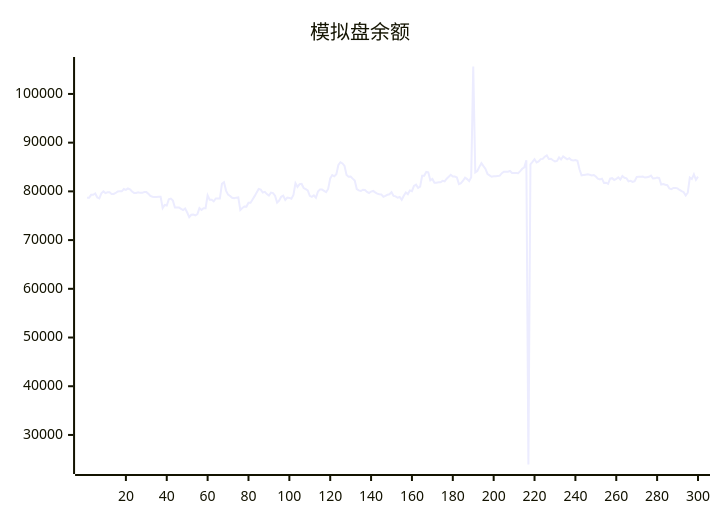
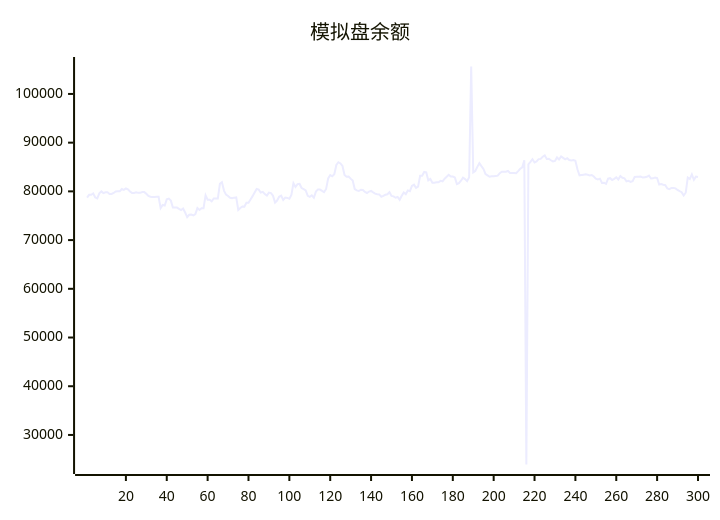
Before and after one commit to aahl/ai-trading: the diagram in README.md, drawn with Mermaid. The commit also changed other lines of this file and 1 other file, not shown here.

````diff
--- a/README.md
+++ b/README.md
@@ -5,5 +5,5 @@
 ```mermaid
 xychart
     title "模拟盘余额"
-    line [78714,78714,79290,79308,79567,78763,78563,79603,79988,79652,79813,79813,79476,79469,79673,79995,80015,80015,80486,80314,80600,80436,79966,79689,79689,79819,79692,79692,79850,79850,79518,79071,78889,78850,78850,78878,78878,76554,77202,77103,78357,78510,78106,76678,76677,76672,76411,76159,76485,75656,74695,75197,75246,75052,75334,76564,76179,76553,76551,79196,78300,78300,77944,78531,78531,78521,81564,81884,80160,79335,79055,78675,78580,78708,78764,76179,76586,76902,76876,77658,77669,78346,79023,79769,80497,80366,79761,79896,79448,79126,79749,79658,79097,77695,78114,78888,79126,78249,78738,78653,78478,79271,81680,80923,81488,81527,80681,80455,80190,79084,78879,79193,78686,79954,80403,80374,80118,79848,80491,82665,83351,83098,83525,85430,85983,85737,85221,83378,83014,83043,82613,82216,80477,80208,80081,80348,80277,79894,79670,79965,80093,79786,79542,79406,79371,78893,79087,79304,79406,79841,79072,78978,78696,78846,78272,79085,79787,79442,80198,80031,81120,81379,80718,80985,83214,83212,83993,83921,82270,82547,81776,81776,81866,81866,82158,82061,82596,83000,83408,83041,83050,82858,81503,81691,82188,82812,82517,82092,82901,105633,83898,84180,85030,85781,85178,84604,83569,83298,83008,83093,83107,83175,83228,83729,84025,84017,84019,84177,83775,83762,83785,83738,84160,84639,84939,86370,23934,85548,86046,86599,85942,86161,86622,86664,87115,87369,86666,86685,86384,86152,86243,86969,86548,87164,86885,86566,86809,86427,86348,86417,86273,84538,83299,83369,83430,83490,83404,83270,83362,83056,82605,82459,82614,81734,81788,81551,82598,82702,82320,82580,82878,82426,83139,82778,82686,82056,82166,81963,82110,82951,82983,82984,83038,82838,82915,82998,83235,82642,82682,82858,82746,81396,81512,81362,81277,80600,80461,80699,80673,80616,80288,80038,79836,79142,79722,82837,82533,83480,82366,83032]
+    line [78714,79290,79308,79567,78763,78563,79603,79988,79652,79813,79813,79476,79469,79673,79995,80015,80015,80486,80314,80600,80436,79966,79689,79689,79819,79692,79692,79850,79850,79518,79071,78889,78850,78850,78878,78878,76554,77202,77103,78357,78510,78106,76678,76677,76672,76411,76159,76485,75656,74695,75197,75246,75052,75334,76564,76179,76553,76551,79196,78300,78300,77944,78531,78531,78521,81564,81884,80160,79335,79055,78675,78580,78708,78764,76179,76586,76902,76876,77658,77669,78346,79023,79769,80497,80366,79761,79896,79448,79126,79749,79658,79097,77695,78114,78888,79126,78249,78738,78653,78478,79271,81680,80923,81488,81527,80681,80455,80190,79084,78879,79193,78686,79954,80403,80374,80118,79848,80491,82665,83351,83098,83525,85430,85983,85737,85221,83378,83014,83043,82613,82216,80477,80208,80081,80348,80277,79894,79670,79965,80093,79786,79542,79406,79371,78893,79087,79304,79406,79841,79072,78978,78696,78846,78272,79085,79787,79442,80198,80031,81120,81379,80718,80985,83214,83212,83993,83921,82270,82547,81776,81776,81866,81866,82158,82061,82596,83000,83408,83041,83050,82858,81503,81691,82188,82812,82517,82092,82901,105633,83898,84180,85030,85781,85178,84604,83569,83298,83008,83093,83107,83175,83228,83729,84025,84017,84019,84177,83775,83762,83785,83738,84160,84639,84939,86370,23934,85548,86046,86599,85942,86161,86622,86664,87115,87369,86666,86685,86384,86152,86243,86969,86548,87164,86885,86566,86809,86427,86348,86417,86273,84538,83299,83369,83430,83490,83404,83270,83362,83056,82605,82459,82614,81734,81788,81551,82598,82702,82320,82580,82878,82426,83139,82778,82686,82056,82166,81963,82110,82951,82983,82984,83038,82838,82915,82998,83235,82642,82682,82858,82746,81396,81512,81362,81277,80600,80461,80699,80673,80616,80288,80038,79836,79142,79722,82837,82533,83480,82366,83032,82960]
 ```
````
